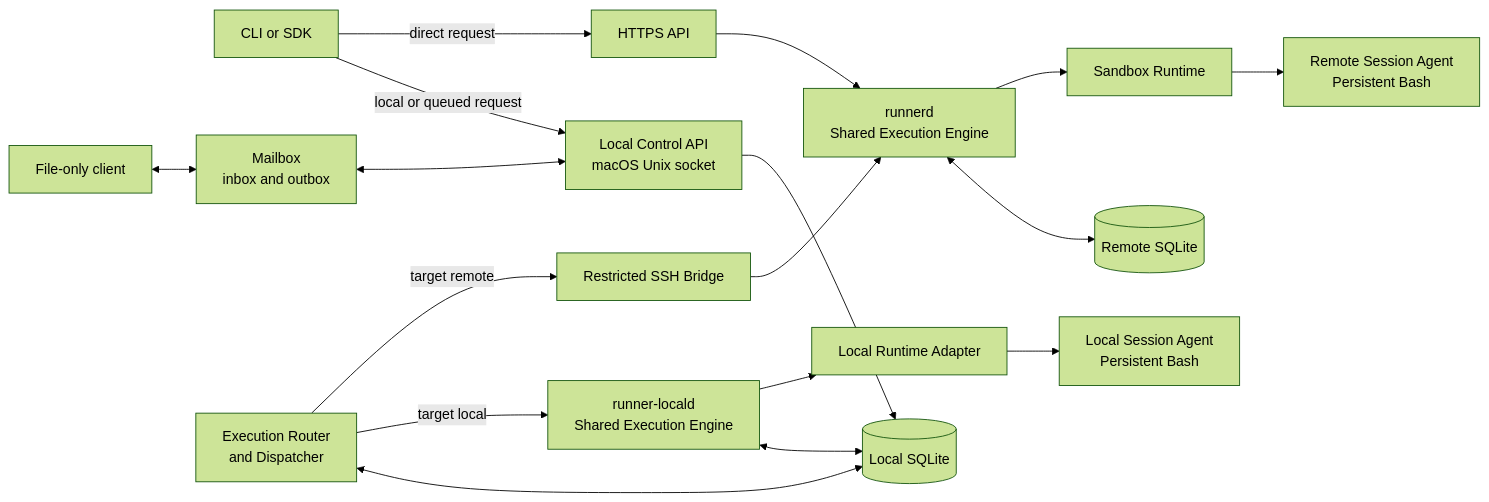
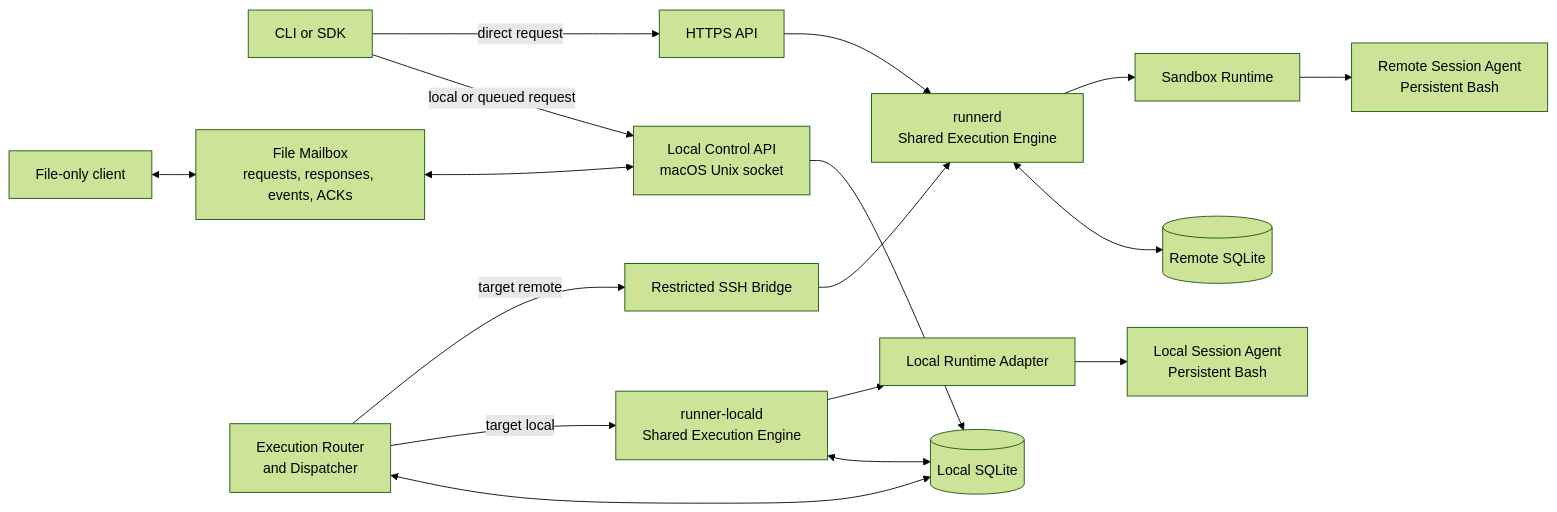
Before and after one commit to gavrilo123456/remote-session-runner: the diagram in 020-initial-design/010-remote-session-runner-initial-design.md, drawn with Mermaid (forest theme). The commit also changed other lines of this file, not shown here.

Commit message:
Enhance mailbox documentation to clarify request handling and response acknowledgment process

````diff
--- a/020-initial-design/010-remote-session-runner-initial-design.md
+++ b/020-initial-design/010-remote-session-runner-initial-design.md
@@ -83,35 +83,35 @@
 ```mermaid
 flowchart LR
     C[CLI or SDK]
     FC[File-only client]
-    MB["Mailbox<br/>inbox and outbox"]
+    MB["File Mailbox<br/>requests, responses, events, ACKs"]
     LAPI["Local Control API<br/>macOS Unix socket"]
     LDB[(Local SQLite)]
     ROUTER["Execution Router<br/>and Dispatcher"]
     LOCALD["runner-locald<br/>Shared Execution Engine"]
     LRT[Local Runtime Adapter]
     LAGENT["Local Session Agent<br/>Persistent Bash"]
     SSH[Restricted SSH Bridge]
     HTTPS[HTTPS API]
     RD["runnerd<br/>Shared Execution Engine"]
     RDB[(Remote SQLite)]
     RT[Sandbox Runtime]
     AGENT["Remote Session Agent<br/>Persistent Bash"]
 
     C -->|local or queued request| LAPI
     FC <--> MB
     MB <--> LAPI
     LAPI --> LDB
     ROUTER <--> LDB
     ROUTER -->|target local| LOCALD
     LOCALD <--> LDB
     LOCALD --> LRT
     LRT --> LAGENT
     ROUTER -->|target remote| SSH
     SSH --> RD
     C -->|direct request| HTTPS
     HTTPS --> RD
     RD <--> RDB
     RD --> RT
     RT --> AGENT
 ```
````
